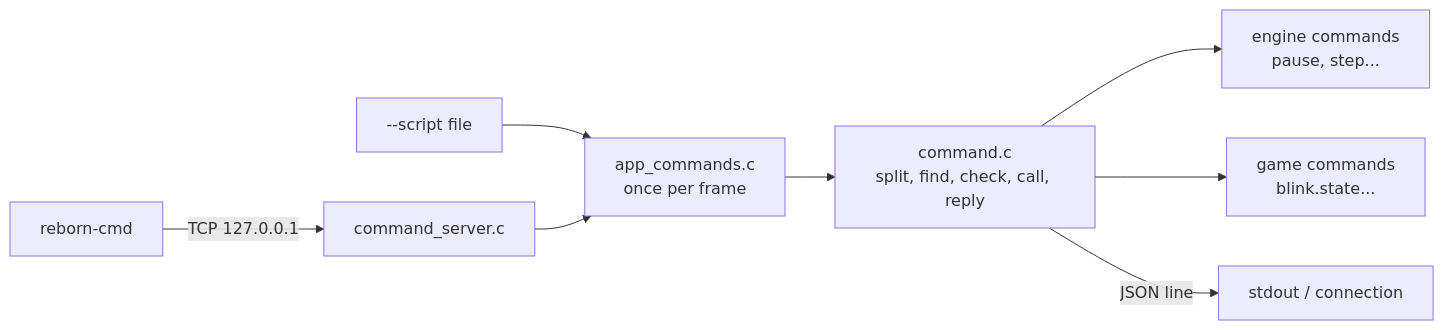
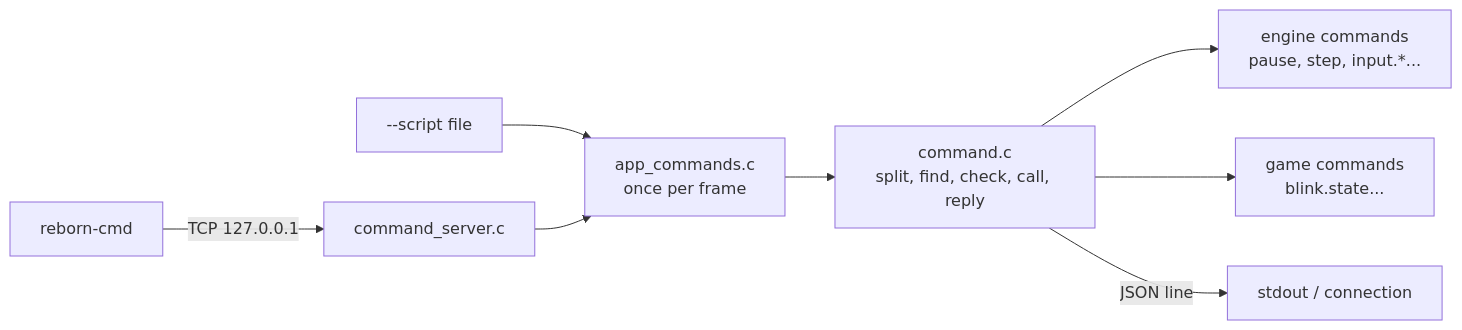
The diagram in docs/features/commands.md (aski97/reborn-engine), drawn with Mermaid before and after one commit. The commit also changed other lines of this file and 24 other files, not shown here.

First line of the commit message:
feat(input): input injection through commands

````diff
--- a/docs/features/commands.md
+++ b/docs/features/commands.md
@@ -43,9 +52,9 @@
 ```mermaid
 flowchart LR
     S["--script file"] --> R[app_commands.c<br/>once per frame]
     N["reborn-cmd"] -- "TCP 127.0.0.1" --> SV[command_server.c] --> R
     R --> RUN["command.c<br/>split, find, check, call, reply"]
-    RUN --> E["engine commands<br/>pause, step..."]
+    RUN --> E["engine commands<br/>pause, step, input.*..."]
     RUN --> G["game commands<br/>blink.state..."]
     RUN -- "JSON line" --> OUT["stdout / connection"]
 ```
````
